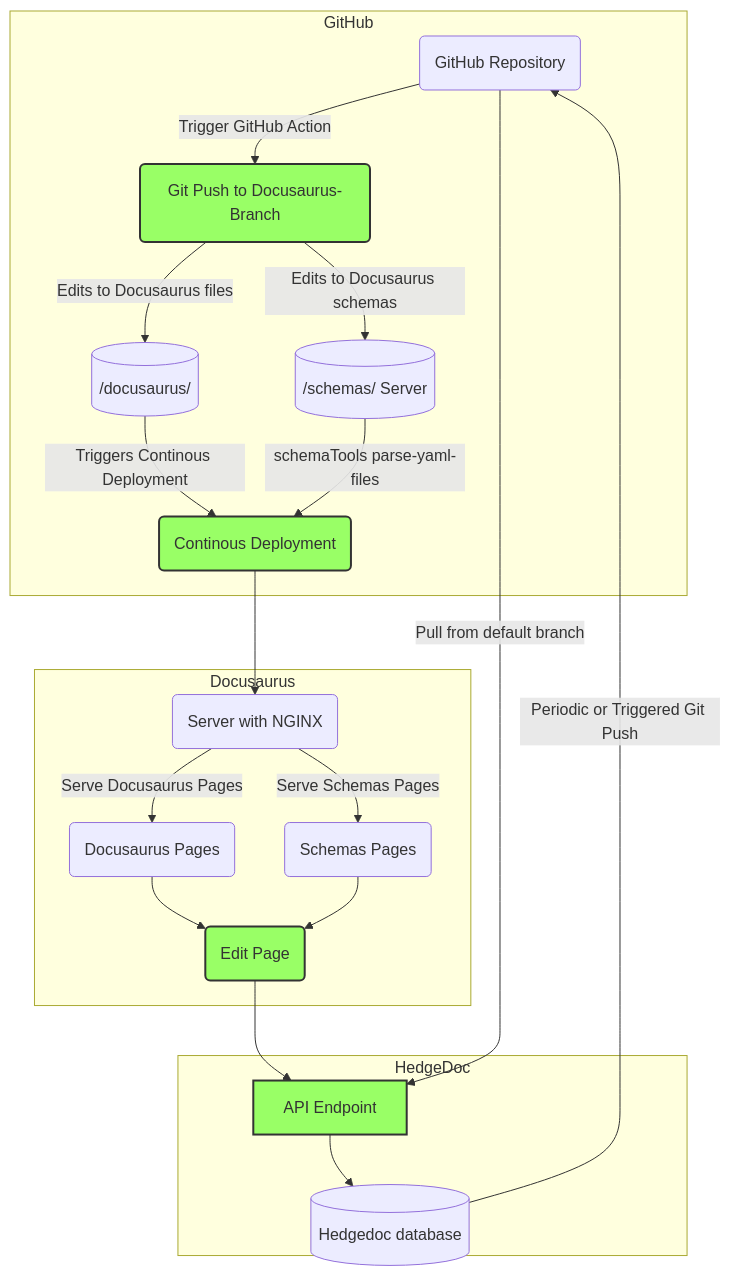
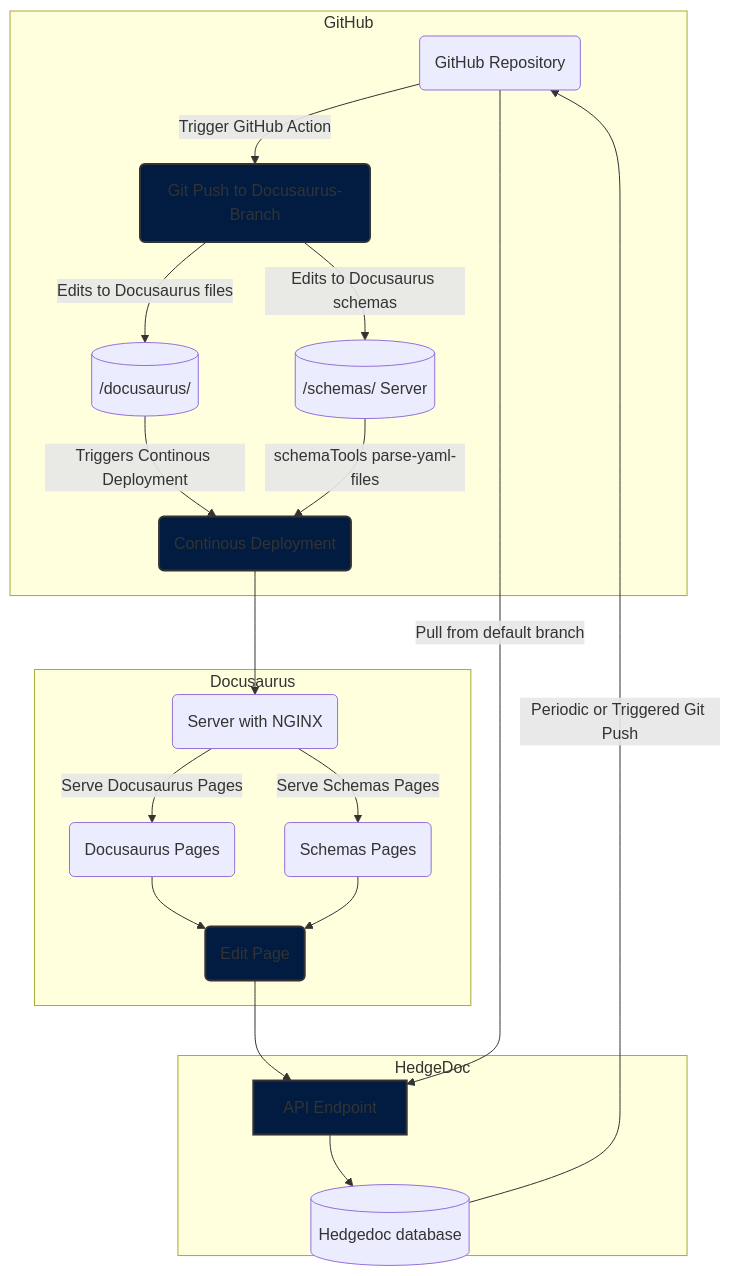
Before and after one commit to nqminds/SBOM-GAP: the diagram in README.md, drawn with Mermaid.

Commit message:
[2024-01-11 10:47:08] Anthony McCaigue: documentation-toolchain

````diff
--- a/README.md
+++ b/README.md
@@ -6,47 +6,47 @@
 ```mermaid
 graph
 
 %% GitHub
 subgraph GitHub
   ghRepo(GitHub Repository)
   ghAction1(Git Push to Docusaurus-Branch)
   ghAction2(Continous Deployment)
   docusaurusServer[(/docusaurus/)]
   schemasServer[(/schemas/ Server)]
 end
 
 %% Server Hosting Pages using NGINX
 subgraph Docusaurus
   nginxServer(Server with NGINX)
   nginxDocusaurus(Docusaurus Pages)
   nginxSchemas(Schemas Pages)
   editPage(Edit Page)
 end
 
 subgraph HedgeDoc
     hedgedocPages[(Hedgedoc database)]
     api[API Endpoint]
 end
 
 %% Arrows and Actions
 ghRepo -->|Trigger GitHub Action| ghAction1
 ghAction1 -->|Edits to Docusaurus files| docusaurusServer
 ghAction1 -->|Edits to Docusaurus schemas| schemasServer
 docusaurusServer -->|Triggers Continous Deployment| ghAction2
 schemasServer -->|schemaTools parse-yaml-files| ghAction2
 ghAction2 --> nginxServer
 nginxServer -->|Serve Docusaurus Pages| nginxDocusaurus
 nginxServer -->|Serve Schemas Pages| nginxSchemas
 
 nginxDocusaurus --> editPage
 nginxSchemas --> editPage
 
 editPage --> api
 ghRepo --> |Pull from default branch| api
 
 api -->hedgedocPages -->|Periodic or Triggered Git Push| ghRepo
 
-classDef centered fill:#9f6,stroke:#333,stroke-width:2px,align:center;
+classDef centered fill:#011C40,stroke:#333,stroke-width:2px,align:center;
 class ghAction1,ghAction2,editPage,api centered;
 style HedgeDoc height:200px;
 ```
````
